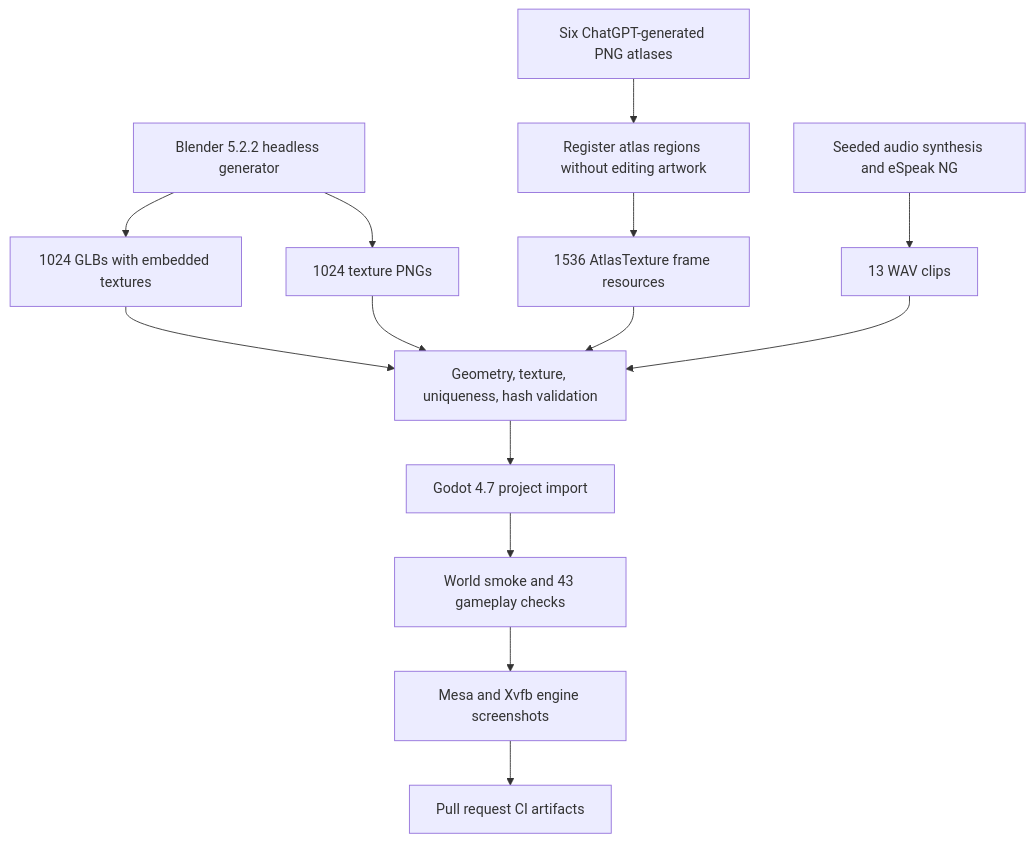
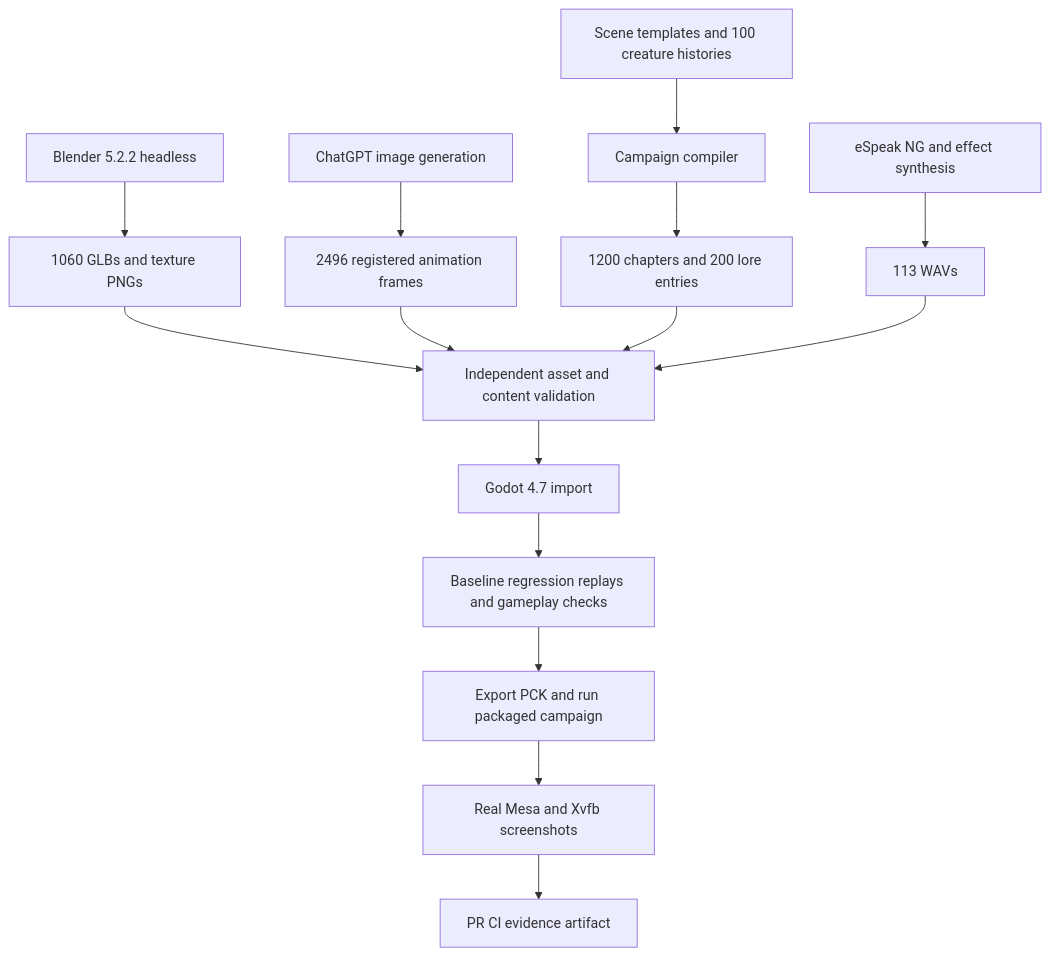
The fifth of 5 diagrams in docs/DESIGN.md (jgyy/2.5dxianxia), drawn with Mermaid before and after one commit. The commit also changed other lines of this file and 1402 other files, not shown here.

Commit message:
Expand the regional campaign and repair audited gameplay and save failures (#2)

````diff
--- a/docs/DESIGN.md
+++ b/docs/DESIGN.md
@@ -71,16 +84,17 @@
 ```mermaid
 flowchart TD
-    Blender[Blender 5.2.2 headless generator] --> Models[1024 GLBs with embedded textures]
-    Blender --> Textures[1024 texture PNGs]
-    ChatGPT[Six ChatGPT-generated PNG atlases] --> Register[Register atlas regions without editing artwork]
-    Register --> Frames[1536 AtlasTexture frame resources]
-    Synthesis[Seeded audio synthesis and eSpeak NG] --> WAV[13 WAV clips]
-    Models --> Audit[Geometry, texture, uniqueness, hash validation]
-    Textures --> Audit
-    Frames --> Audit
-    WAV --> Audit
-    Audit --> Import[Godot 4.7 project import]
-    Import --> Tests[World smoke and 43 gameplay checks]
-    Tests --> Render[Mesa and Xvfb engine screenshots]
-    Render --> CI[Pull request CI artifacts]
+    Blender[Blender 5.2.2 headless] --> GLB[1060 GLBs and texture PNGs]
+    Images[ChatGPT image generation] --> Frames[2496 registered animation frames]
+    Authoring[Scene templates and 100 creature histories] --> Compiler[Campaign compiler]
+    Compiler --> Content[1200 chapters and 200 lore entries]
+    Speech[eSpeak NG and effect synthesis] --> WAV[113 WAVs]
+    GLB --> Validate[Independent asset and content validation]
+    Frames --> Validate
+    Content --> Validate
+    WAV --> Validate
+    Validate --> Godot[Godot 4.7 import]
+    Godot --> Audit[Baseline regression replays and gameplay checks]
+    Audit --> Pack[Export PCK and run packaged campaign]
+    Pack --> Capture[Real Mesa and Xvfb screenshots]
+    Capture --> CI[PR CI evidence artifact]
 ```
````
